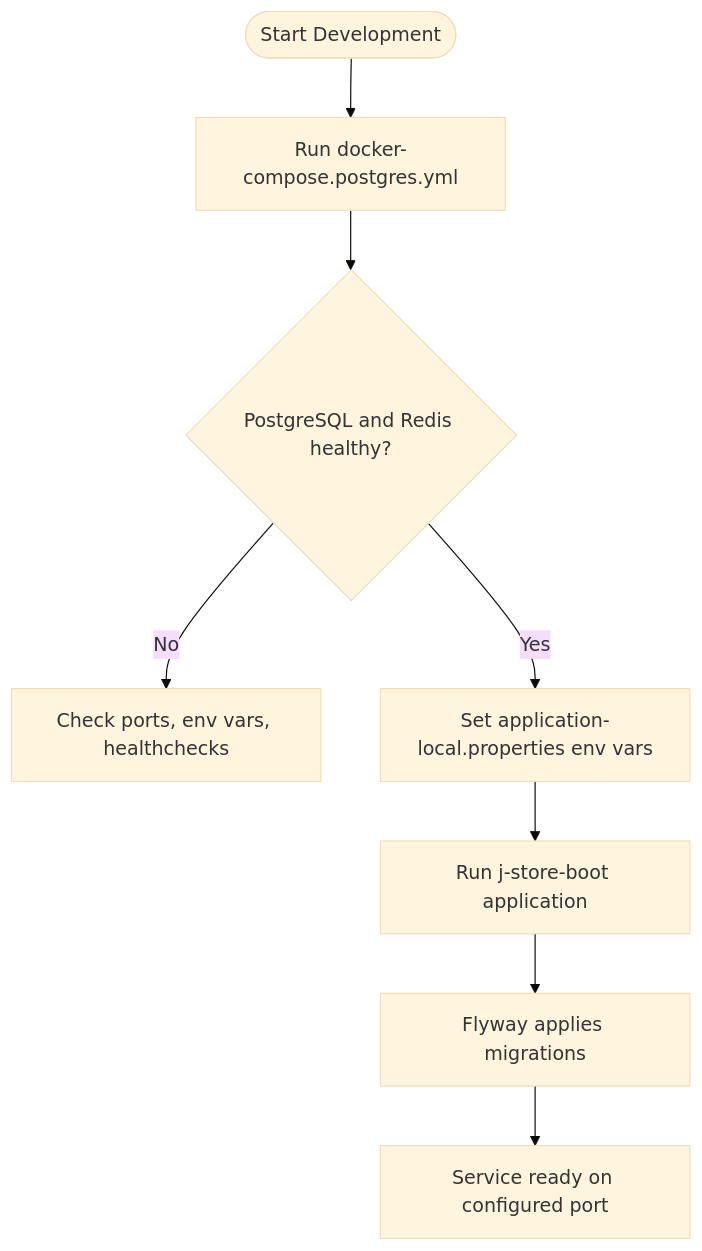
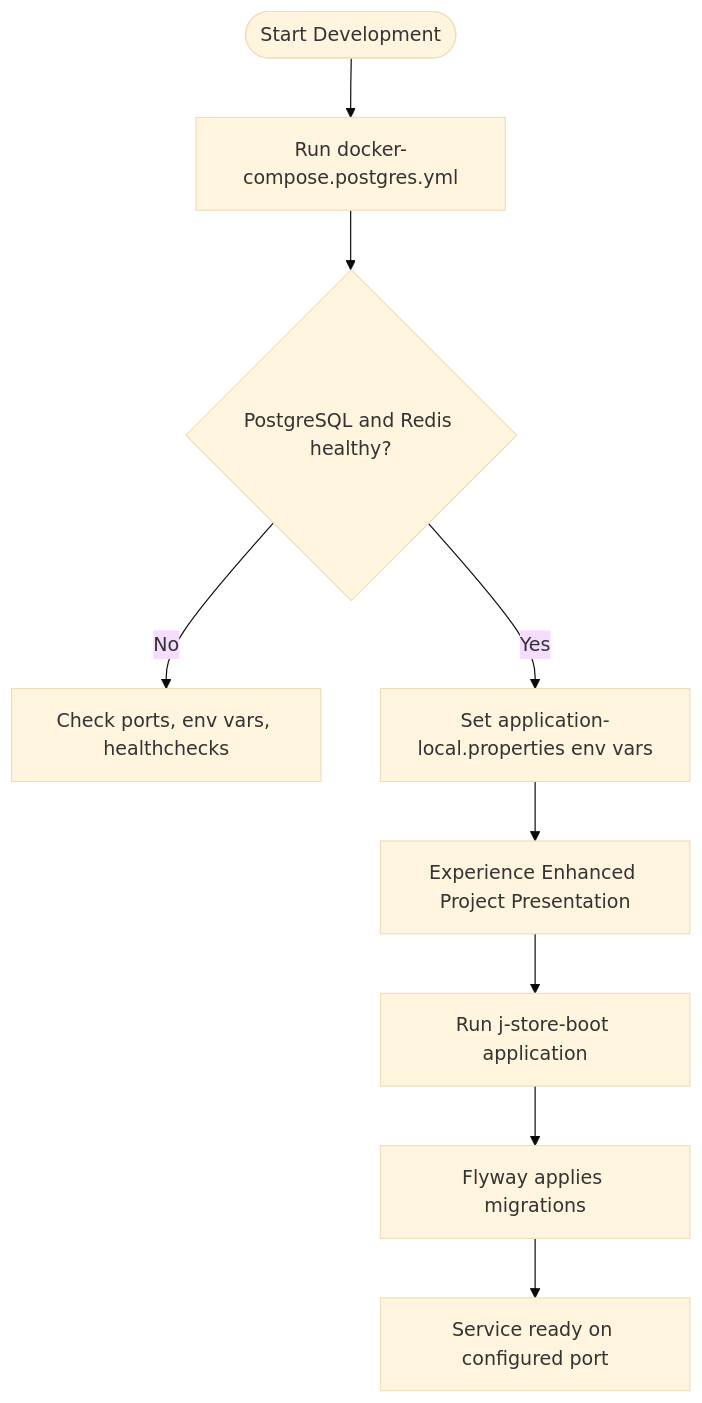
The seventh of 8 diagrams in .qoder/repowiki/en/content/Project Overview.md (ddd-mall/j-store), drawn with Mermaid (base theme) before and after one commit. The commit also changed other lines of this file and 258 other files, not shown here.

````diff
--- a/.qoder/repowiki/en/content/Project Overview.md
+++ b/.qoder/repowiki/en/content/Project Overview.md
@@ -304,10 +340,11 @@
 ```mermaid
 flowchart TD
 Start(["Start Development"]) --> LaunchDocker["Run docker-compose.postgres.yml"]
 LaunchDocker --> VerifyServices{"PostgreSQL and Redis healthy?"}
 VerifyServices --> |No| Troubleshoot["Check ports, env vars, healthchecks"]
 VerifyServices --> |Yes| ConfigureApp["Set application-local.properties env vars"]
-ConfigureApp --> RunApp["Run j-store-boot application"]
+ConfigureApp --> EnhancedUI["Experience Enhanced Project Presentation"]
+EnhancedUI --> RunApp["Run j-store-boot application"]
 RunApp --> MigrateDB["Flyway applies migrations"]
 MigrateDB --> Ready["Service ready on configured port"]
 ```
````
